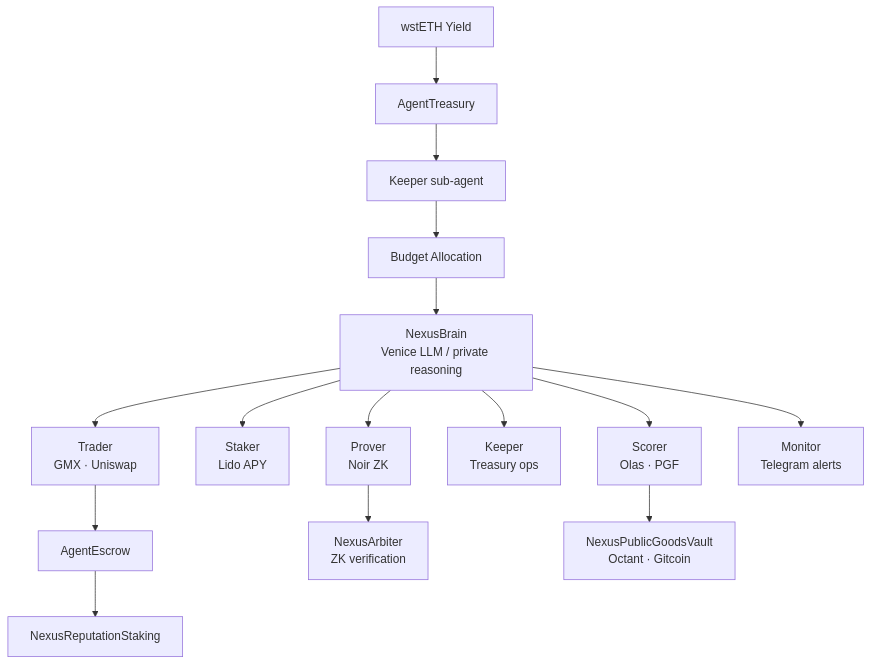
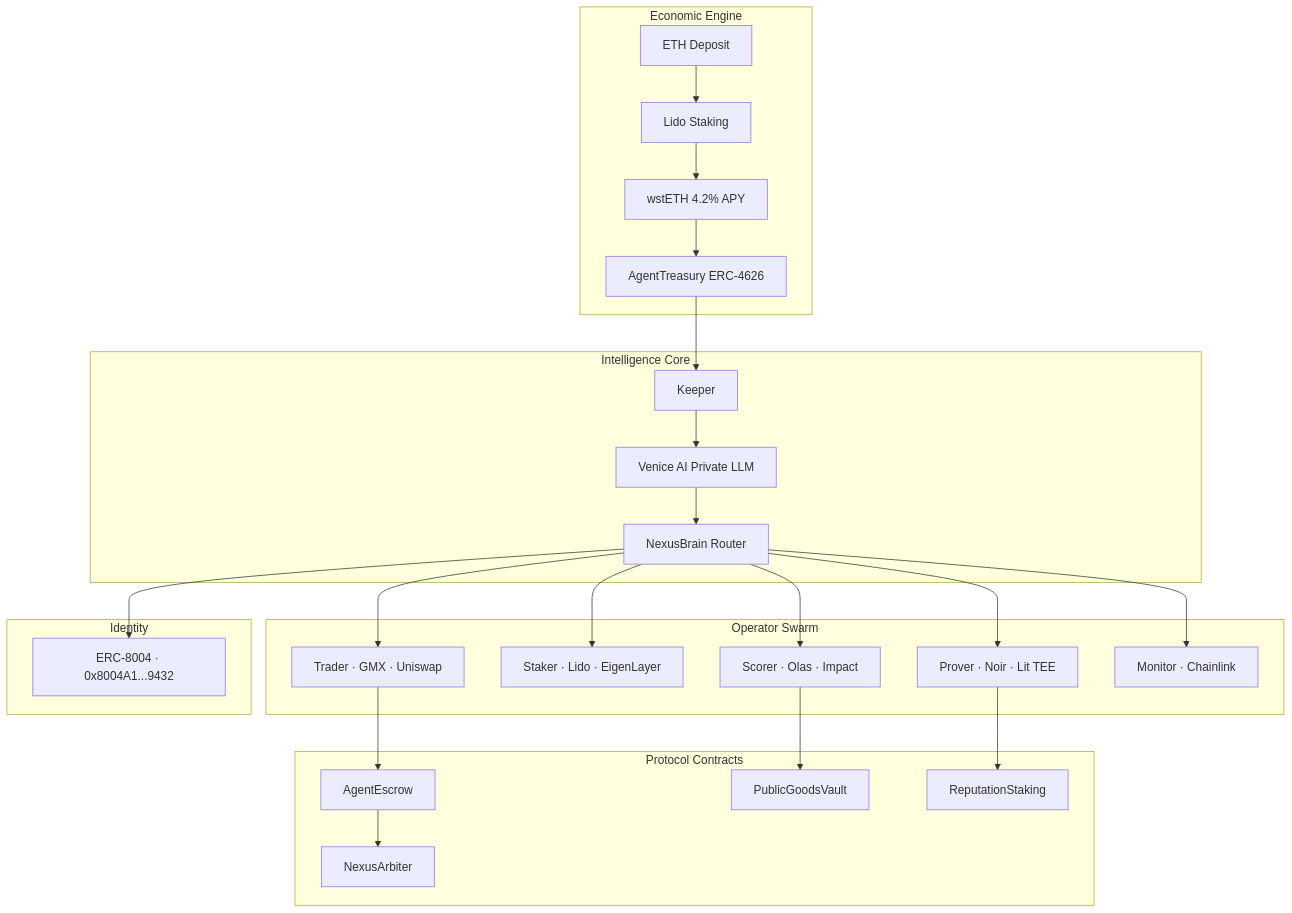
Before and after one commit to vyqno/synthesis: the diagram in README.md, drawn with Mermaid. The commit also changed other lines of this file and 23 other files, not shown here.

````diff
--- a/README.md
+++ b/README.md
@@ -28,17 +91,33 @@
 ```mermaid
-flowchart TD
-    Y[wstETH Yield] --> T[AgentTreasury]
-    T --> K[Keeper sub-agent]
-    K --> B[Budget Allocation]
-    B --> Brain[NexusBrain\nVenice LLM / private reasoning]
-    Brain --> Trader[Trader\nGMX · Uniswap]
-    Brain --> Staker[Staker\nLido APY]
-    Brain --> Scorer[Scorer\nOlas · PGF]
-    Brain --> Keeper2[Keeper\nTreasury ops]
-    Brain --> Prover[Prover\nNoir ZK]
-    Brain --> Monitor[Monitor\nTelegram alerts]
-    Trader --> Escrow[AgentEscrow]
-    Escrow --> Rep[NexusReputationStaking]
-    Prover --> Arbiter[NexusArbiter\nZK verification]
-    Scorer --> Vault[NexusPublicGoodsVault\nOctant · Gitcoin]
+graph TB
+    subgraph "Economic Engine"
+        D[ETH Deposit] --> L[Lido Staking]
+        L --> W[wstETH 4.2% APY]
+        W --> T[AgentTreasury ERC-4626]
+    end
+
+    subgraph "Intelligence Core"
+        T --> K[Keeper]
+        K --> V[Venice AI Private LLM]
+        V --> R[NexusBrain Router]
+    end
+
+    subgraph "Operator Swarm"
+        R --> TR[Trader · GMX · Uniswap]
+        R --> ST[Staker · Lido · EigenLayer]
+        R --> SC[Scorer · Olas · Impact]
+        R --> PR[Prover · Noir · Lit TEE]
+        R --> MO[Monitor · Chainlink]
+    end
+
+    subgraph "Protocol Contracts"
+        TR --> AE[AgentEscrow]
+        SC --> PG[PublicGoodsVault]
+        PR --> RS[ReputationStaking]
+        AE --> ARB[NexusArbiter]
+    end
+
+    subgraph "Identity"
+        R --> ID[ERC-8004 · 0x8004A1...9432]
+    end
 ```
````
